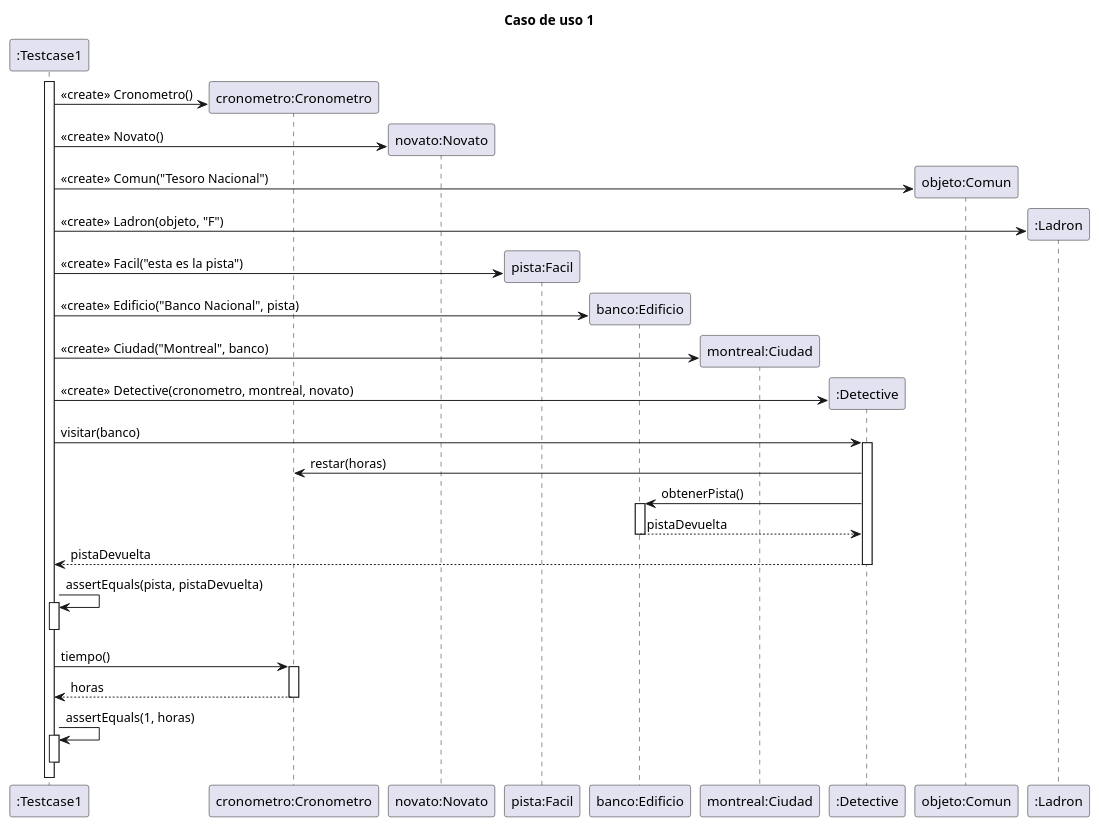
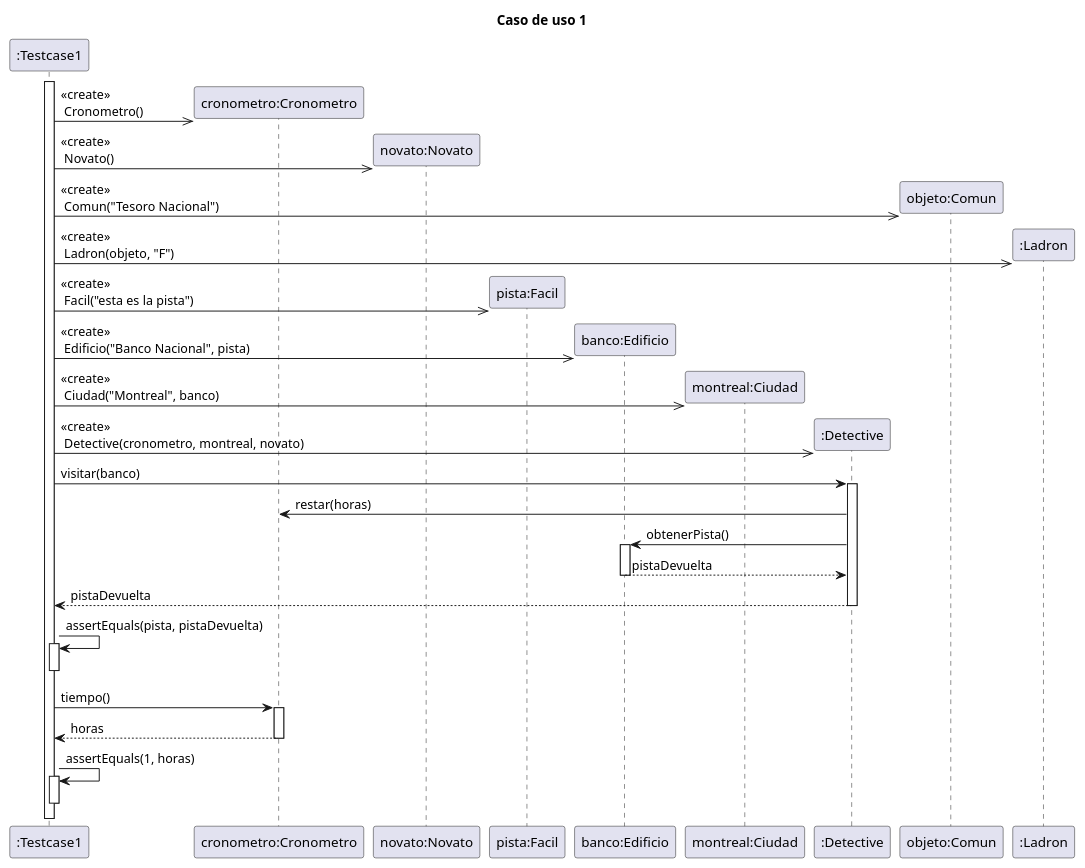
The diagram in diagrams/sequences/secuencia_testcase01.plantuml (MegaRedHand/algo-thief), drawn with PlantUML before and after one commit. The commit also changed 10 other files, not shown here.

```diff
--- a/diagrams/sequences/secuencia_testcase01.plantuml
+++ b/diagrams/sequences/secuencia_testcase01.plantuml
@@ -1,53 +1,53 @@
 @startuml
 
 title "Caso de uso 1"
 
 participant ":Testcase1" as testcase
 participant "cronometro:Cronometro" as cron
 participant "novato:Novato" as novato
 participant "pista:Facil" as pista
 participant "banco:Edificio" as edificio
 participant "montreal:Ciudad" as montreal
 participant ":Detective" as detective
 participant "objeto:Comun" as objeto
 participant ":Ladron" as ladron
 
 activate testcase
 create cron
-testcase -> cron: <<create>> Cronometro()
+testcase ->> cron: <<create>>\n Cronometro()
 create novato
-testcase -> novato: <<create>> Novato()
+testcase ->> novato: <<create>>\n Novato()
 create objeto
-testcase -> objeto: <<create>> Comun("Tesoro Nacional")
+testcase ->> objeto: <<create>>\n Comun("Tesoro Nacional")
 create ladron
-testcase -> ladron: <<create>> Ladron(objeto, "F")
+testcase ->> ladron: <<create>>\n Ladron(objeto, "F")
 create pista
-testcase -> pista: <<create>> Facil("esta es la pista")
+testcase ->> pista: <<create>>\n Facil("esta es la pista")
 create edificio
-testcase -> edificio: <<create>> Edificio("Banco Nacional", pista)
+testcase ->> edificio: <<create>>\n Edificio("Banco Nacional", pista)
 create montreal
-testcase -> montreal: <<create>> Ciudad("Montreal", banco)
+testcase ->> montreal: <<create>>\n Ciudad("Montreal", banco)
 create detective
-testcase -> detective: <<create>> Detective(cronometro, montreal, novato)
+testcase ->> detective: <<create>>\n Detective(cronometro, montreal, novato)
 
 testcase -> detective: visitar(banco)
     activate detective
         detective -> cron: restar(horas)
         detective -> edificio: obtenerPista()
             activate edificio
             return pistaDevuelta
     return pistaDevuelta
 
 testcase -> testcase: assertEquals(pista, pistaDevuelta)
 activate testcase
 deactivate testcase
 
 testcase -> cron: tiempo()
     activate cron
     return horas
 
 testcase -> testcase: assertEquals(1, horas)
 activate testcase
 deactivate testcase
 
 @enduml
```
